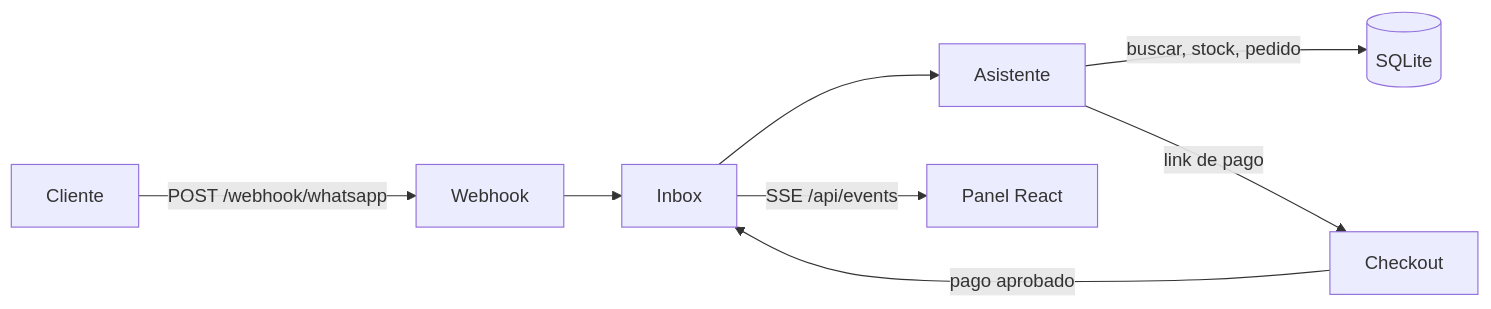
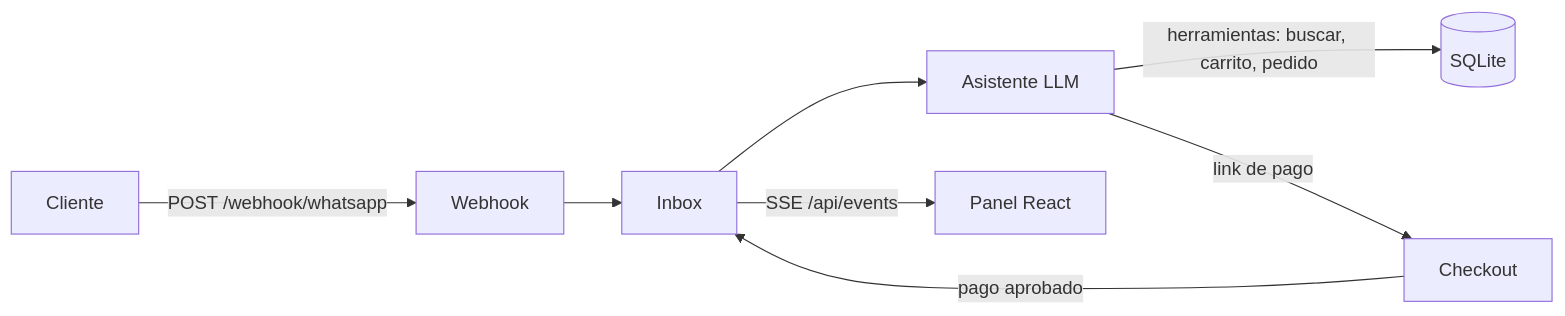
Before and after one commit to octavioaguerodev-cpu/chat-commerce-ai: the diagram in README.md, drawn with Mermaid. The commit also changed other lines of this file and 8 other files, not shown here.

````diff
--- a/README.md
+++ b/README.md
@@ -20,10 +23,10 @@
 ```mermaid
 flowchart LR
   C[Cliente] -->|POST /webhook/whatsapp| W[Webhook]
   W --> I[Inbox]
-  I --> A[Asistente]
-  A -->|buscar, stock, pedido| DB[(SQLite)]
+  I --> A[Asistente LLM]
+  A -->|herramientas: buscar, carrito, pedido| DB[(SQLite)]
   A -->|link de pago| P[Checkout]
   P -->|pago aprobado| I
   I -->|SSE /api/events| UI[Panel React]
 ```
````
